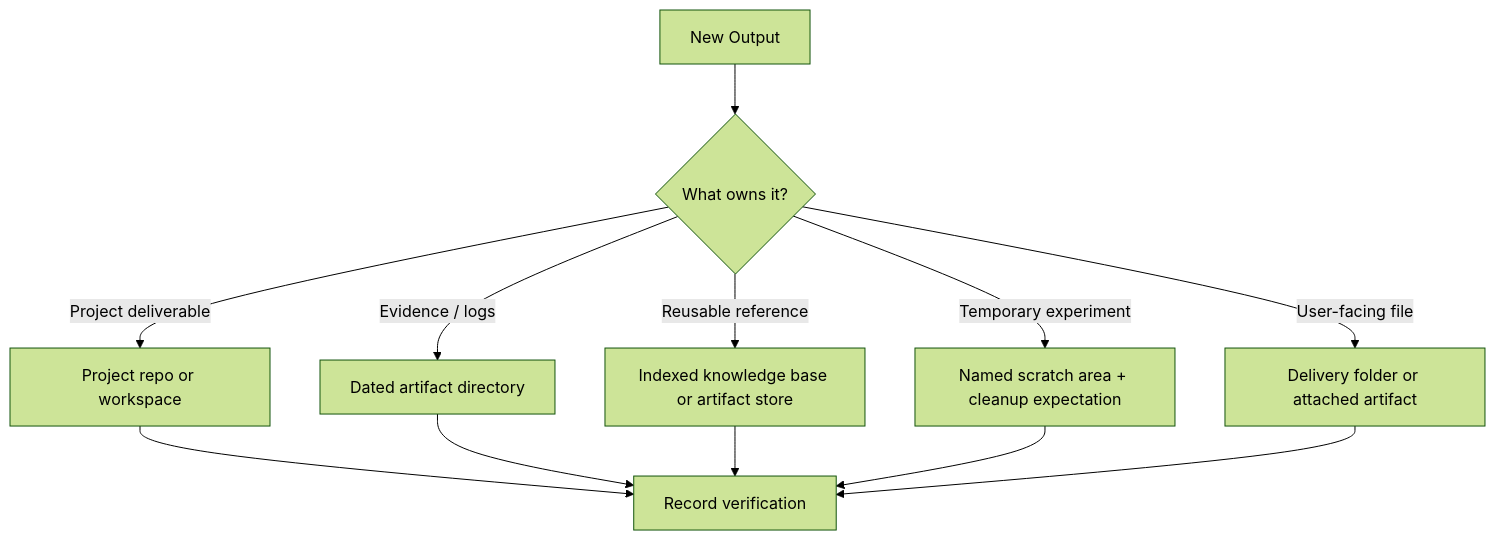
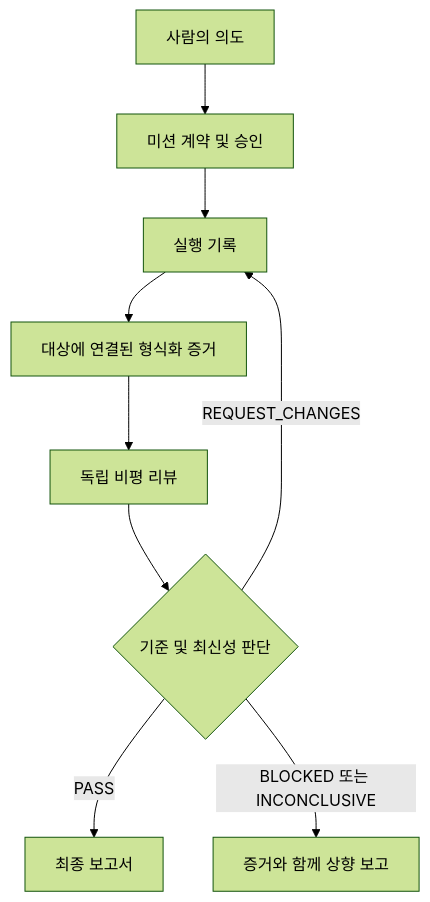
One commit to KzeroM/evidence-gated-multi-agent-operations changed the second of 2 diagrams in README.ko.md. Above: the diagram before and after it, drawn with Mermaid (forest theme). The commit also changed other lines of this file and 41 other files, not shown here.

````diff
--- a/README.ko.md
+++ b/README.ko.md
@@ -196,14 +85,11 @@
 ```mermaid
 flowchart TD
-    A[New Output] --> B{What owns it?}
-    B -->|Project deliverable| C[Project repo or workspace]
-    B -->|Evidence / logs| D[Dated artifact directory]
-    B -->|Reusable reference| E[Indexed knowledge base or artifact store]
-    B -->|Temporary experiment| F[Named scratch area + cleanup expectation]
-    B -->|User-facing file| G[Delivery folder or attached artifact]
-    C --> H[Record verification]
-    D --> H
-    E --> H
-    F --> H
-    G --> H
+    A[사람의 의도] --> B[미션 계약 및 승인]
+    B --> C[실행 기록]
+    C --> D[대상에 연결된 형식화 증거]
+    D --> E[독립 비평 리뷰]
+    E --> F{기준 및 최신성 판단}
+    F -->|PASS| G[최종 보고서]
+    F -->|REQUEST_CHANGES| C
+    F -->|BLOCKED 또는 INCONCLUSIVE| H[증거와 함께 상향 보고]
 ```
````
